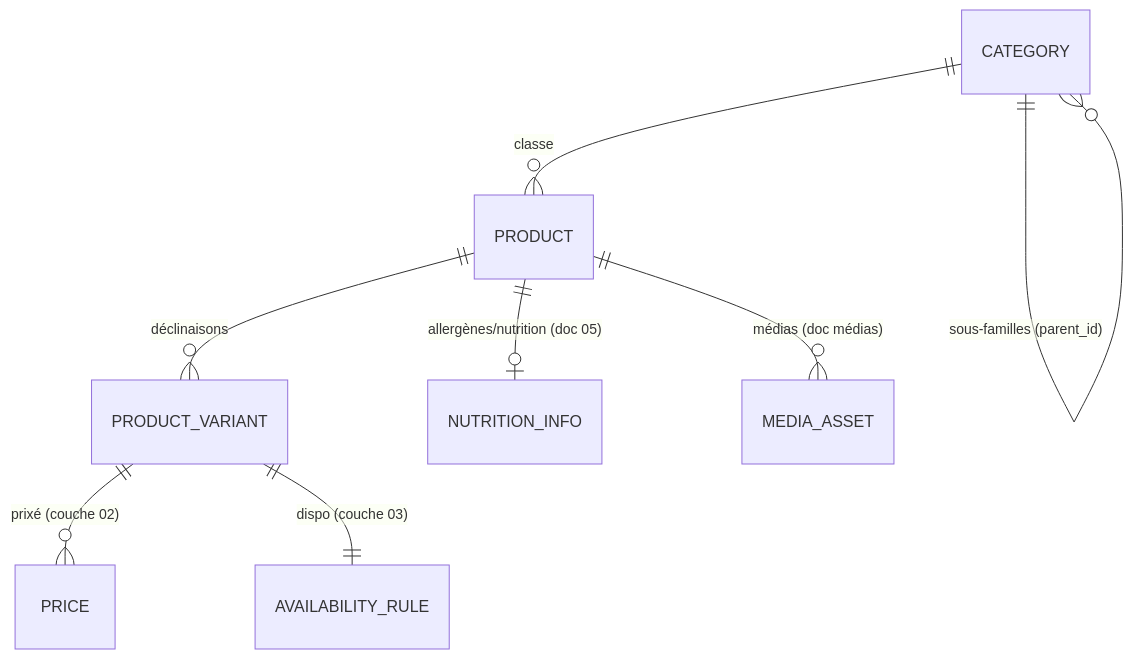
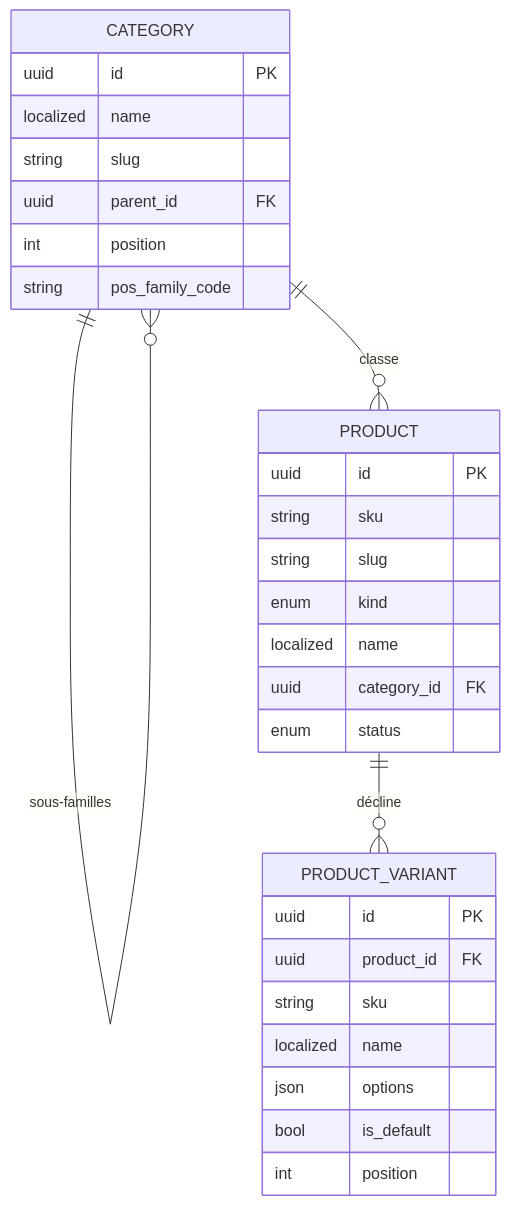
The second of 2 diagrams in documentation/chevallot/data-model/02-catalogue-items.md (hugoheynard/lfd), drawn with Mermaid before and after one commit. The commit also changed other lines of this file and 6 other files, not shown here.

````diff
--- a/documentation/chevallot/data-model/02-catalogue-items.md
+++ b/documentation/chevallot/data-model/02-catalogue-items.md
@@ -22,10 +32,33 @@
 ```mermaid
 erDiagram
-    CATEGORY ||--o{ CATEGORY : "sous-familles (parent_id)"
+    CATEGORY ||--o{ CATEGORY : "sous-familles"
     CATEGORY ||--o{ PRODUCT : classe
-    PRODUCT  ||--o{ PRODUCT_VARIANT : "déclinaisons"
-    PRODUCT  ||--o| NUTRITION_INFO : "allergènes/nutrition (doc 05)"
-    PRODUCT  ||--o{ MEDIA_ASSET : "médias (doc médias)"
-    PRODUCT_VARIANT ||--o{ PRICE : "prixé (couche 02)"
-    PRODUCT_VARIANT ||--|| AVAILABILITY_RULE : "dispo (couche 03)"
+    PRODUCT  ||--o{ PRODUCT_VARIANT : "décline"
+
+    PRODUCT {
+        uuid id PK
+        string sku
+        string slug
+        enum kind
+        localized name
+        uuid category_id FK
+        enum status
+    }
+    PRODUCT_VARIANT {
+        uuid id PK
+        uuid product_id FK
+        string sku
+        localized name
+        json options
+        bool is_default
+        int position
+    }
+    CATEGORY {
+        uuid id PK
+        localized name
+        string slug
+        uuid parent_id FK
+        int position
+        string pos_family_code
+    }
 ```
````
